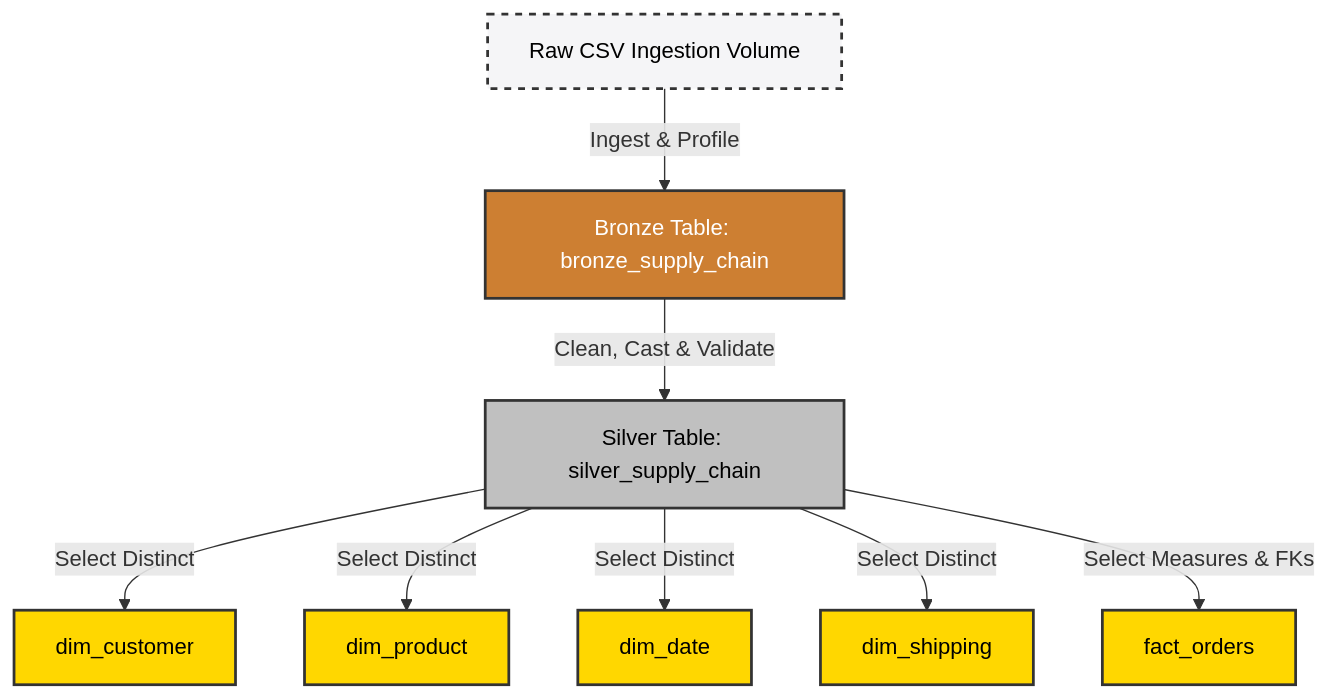
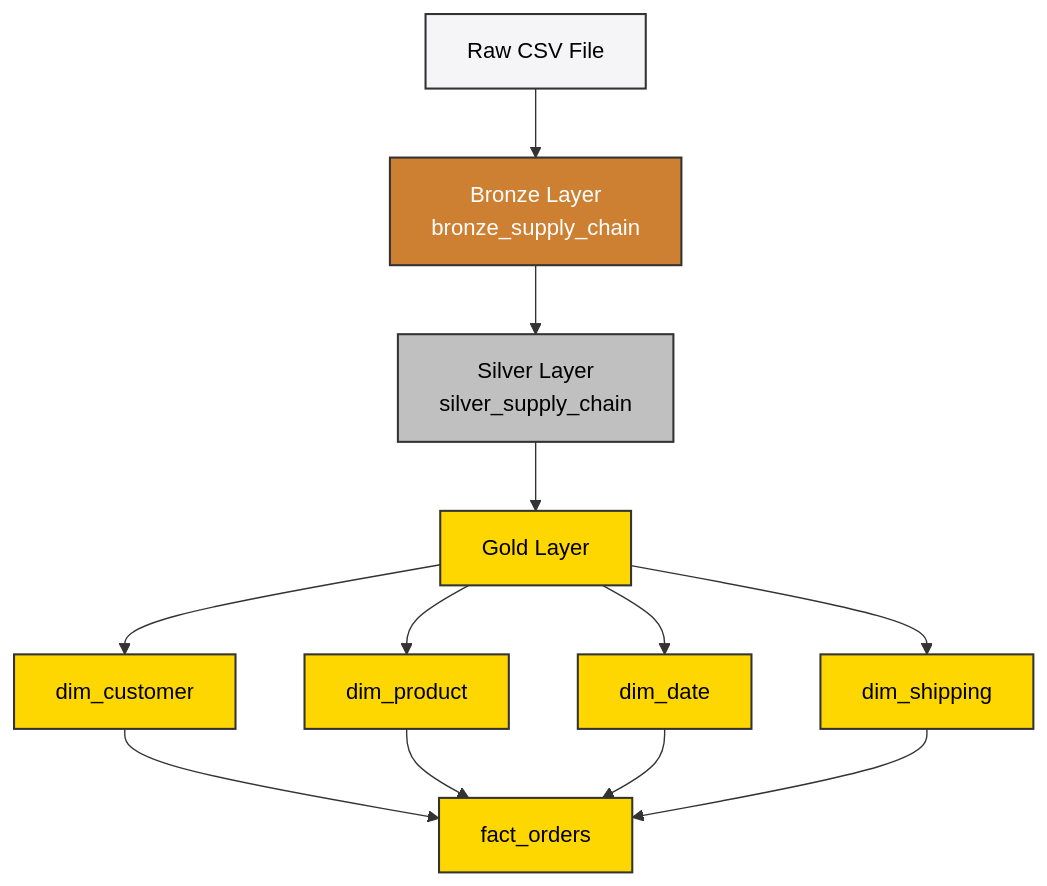
Before and after one commit to nishasorallikar/supply-chain-control-tower-databricks: the first of 2 diagrams in README.md, drawn with Mermaid. The commit also changed other lines of this file, not shown here.

Commit message:
docs: update architecture diagram to show exact medallion flow layout

````diff
--- a/README.md
+++ b/README.md
@@ -24,16 +227,21 @@
 ```mermaid
 graph TD
-    classDef bronze fill:#CD7F32,stroke:#333,stroke-width:2px,color:#fff;
-    classDef silver fill:#C0C0C0,stroke:#333,stroke-width:2px,color:#000;
-    classDef gold fill:#FFD700,stroke:#333,stroke-width:2px,color:#000;
-    classDef source fill:#F5F5F7,stroke:#333,stroke-dasharray: 5 5,stroke-width:2px,color:#000;
+    classDef source fill:#F5F5F7,stroke:#333,stroke-width:1.5px,color:#000;
+    classDef bronze fill:#CD7F32,stroke:#333,stroke-width:1.5px,color:#fff;
+    classDef silver fill:#C0C0C0,stroke:#333,stroke-width:1.5px,color:#000;
+    classDef gold fill:#FFD700,stroke:#333,stroke-width:1.5px,color:#000;
 
-    CSV[Raw CSV Ingestion Volume]:::source -->|Ingest & Profile| B[Bronze Table: bronze_supply_chain]:::bronze
-    B -->|Clean, Cast & Validate| S[Silver Table: silver_supply_chain]:::silver
+    CSV[Raw CSV File]:::source --> B[Bronze Layer <br> bronze_supply_chain]:::bronze
+    B --> S[Silver Layer <br> silver_supply_chain]:::silver
+    S --> G[Gold Layer]:::gold
     
-    S -->|Select Distinct| D1[dim_customer]:::gold
-    S -->|Select Distinct| D2[dim_product]:::gold
-    S -->|Select Distinct| D3[dim_date]:::gold
-    S -->|Select Distinct| D4[dim_shipping]:::gold
-    S -->|Select Measures & FKs| F1[fact_orders]:::gold
+    G --> D1[dim_customer]:::gold
+    G --> D2[dim_product]:::gold
+    G --> D3[dim_date]:::gold
+    G --> D4[dim_shipping]:::gold
+    
+    D1 --> F[fact_orders]:::gold
+    D2 --> F
+    D3 --> F
+    D4 --> F
 ```
````
